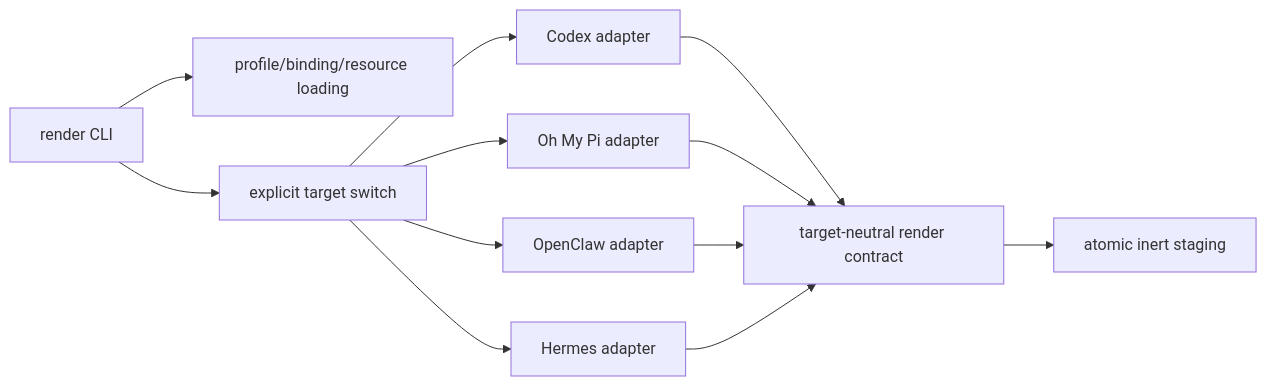
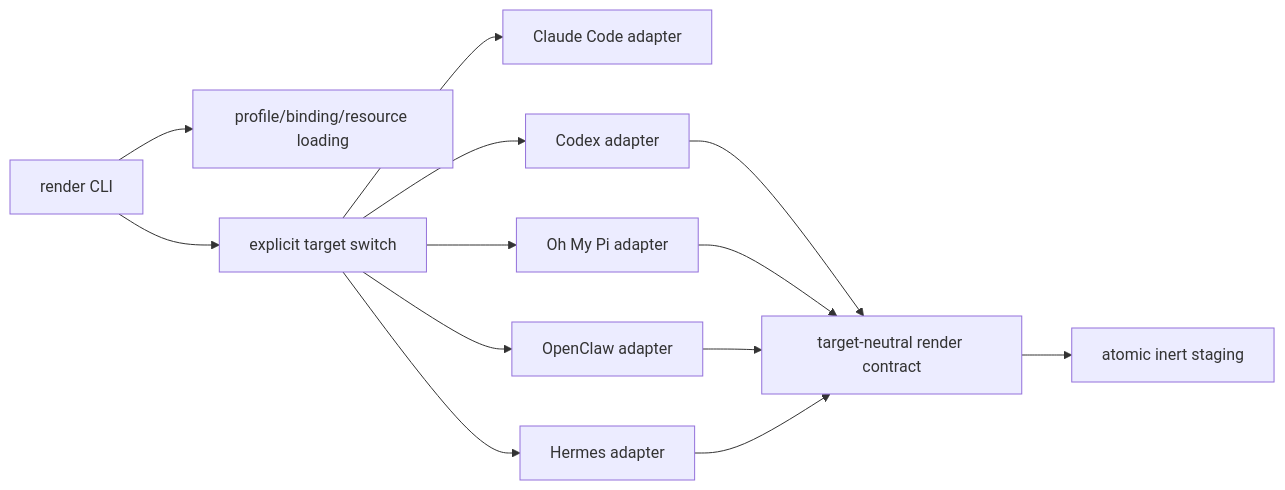
One commit to ariel-frischer/profile-mango changed the diagram in docs/dev/adapter-architecture.md. Above: the diagram before and after it, drawn with Mermaid. The commit also changed other lines of this file and 15 other files, not shown here.

Commit message:
feat: add Claude Code v2.1.278 inert renderer

````diff
--- a/docs/dev/adapter-architecture.md
+++ b/docs/dev/adapter-architecture.md
@@ -9,14 +9,15 @@
 ```mermaid
 flowchart LR
     CLI[render CLI] --> LOAD[profile/binding/resource loading]
     CLI --> DISPATCH[explicit target switch]
+    DISPATCH --> CLAUDE[Claude Code adapter]
     DISPATCH --> CODEX[Codex adapter]
     DISPATCH --> OMP[Oh My Pi adapter]
     DISPATCH --> OPENCLAW[OpenClaw adapter]
     DISPATCH --> HERMES[Hermes adapter]
     CODEX --> CONTRACT[target-neutral render contract]
     OMP --> CONTRACT
     OPENCLAW --> CONTRACT
     HERMES --> CONTRACT
     CONTRACT --> STAGE[atomic inert staging]
 ```
````
